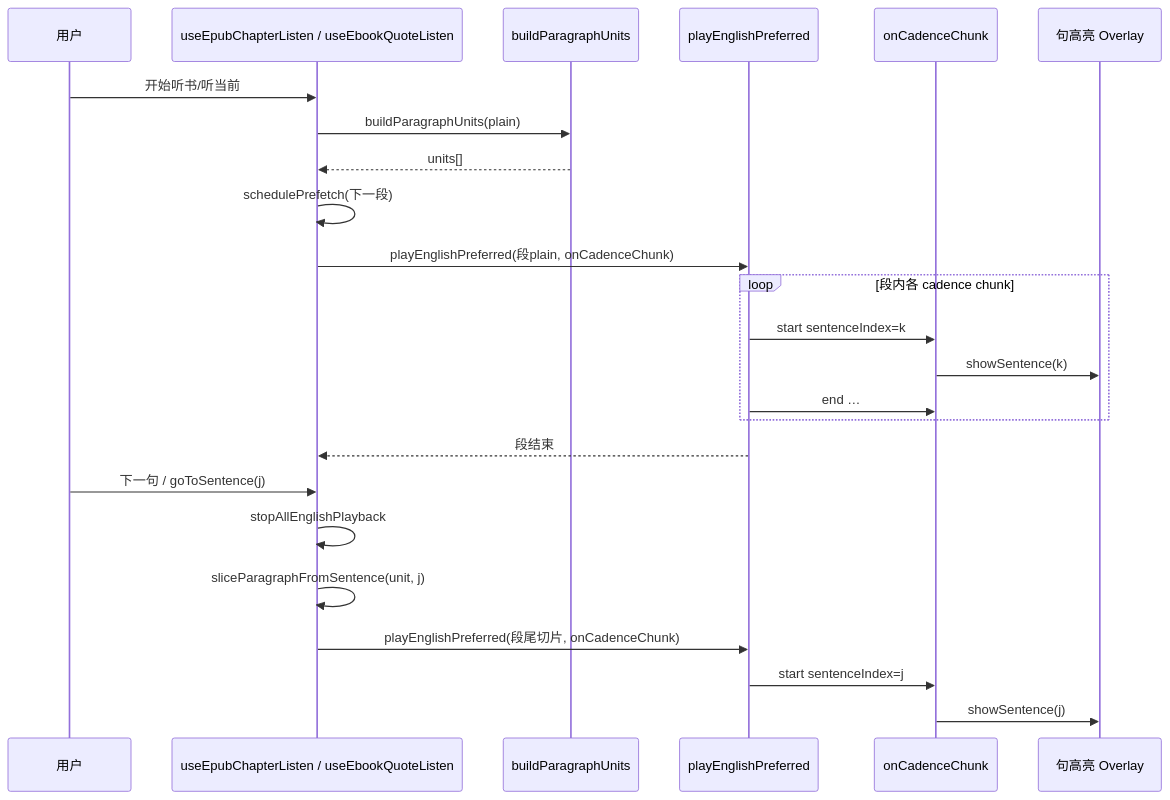
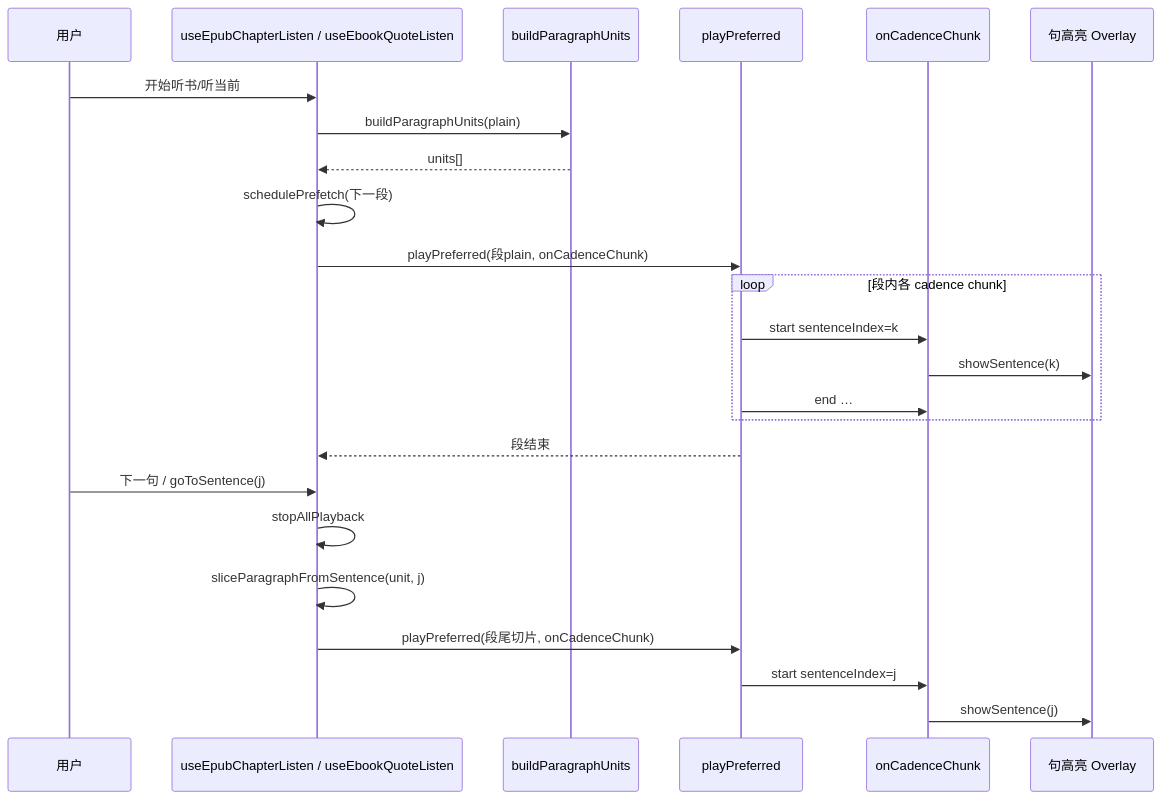
Before and after one commit to dnhyxc/dnhyxc-ai: the third of 4 diagrams in docs/ideas/epub-listen-paragraph-tts.md, drawn with Mermaid. The commit also changed other lines of this file and 111 other files, not shown here.

````diff
--- a/docs/ideas/epub-listen-paragraph-tts.md
+++ b/docs/ideas/epub-listen-paragraph-tts.md
@@ -217,27 +217,27 @@
 ```mermaid
 sequenceDiagram
   participant U as 用户
   participant H as useEpubChapterListen / useEbookQuoteListen
   participant P as buildParagraphUnits
-  participant T as playEnglishPreferred
+  participant T as playPreferred
   participant C as onCadenceChunk
   participant O as 句高亮 Overlay
 
   U->>H: 开始听书/听当前
   H->>P: buildParagraphUnits(plain)
   P-->>H: units[]
   H->>H: schedulePrefetch(下一段)
-  H->>T: playEnglishPreferred(段plain, onCadenceChunk)
+  H->>T: playPreferred(段plain, onCadenceChunk)
   loop 段内各 cadence chunk
     T->>C: start sentenceIndex=k
     C->>O: showSentence(k)
     T->>C: end …
   end
   T-->>H: 段结束
   U->>H: 下一句 / goToSentence(j)
-  H->>H: stopAllEnglishPlayback
+  H->>H: stopAllPlayback
   H->>H: sliceParagraphFromSentence(unit, j)
-  H->>T: playEnglishPreferred(段尾切片, onCadenceChunk)
+  H->>T: playPreferred(段尾切片, onCadenceChunk)
   T->>C: start sentenceIndex=j
   C->>O: showSentence(j)
 ```
````
